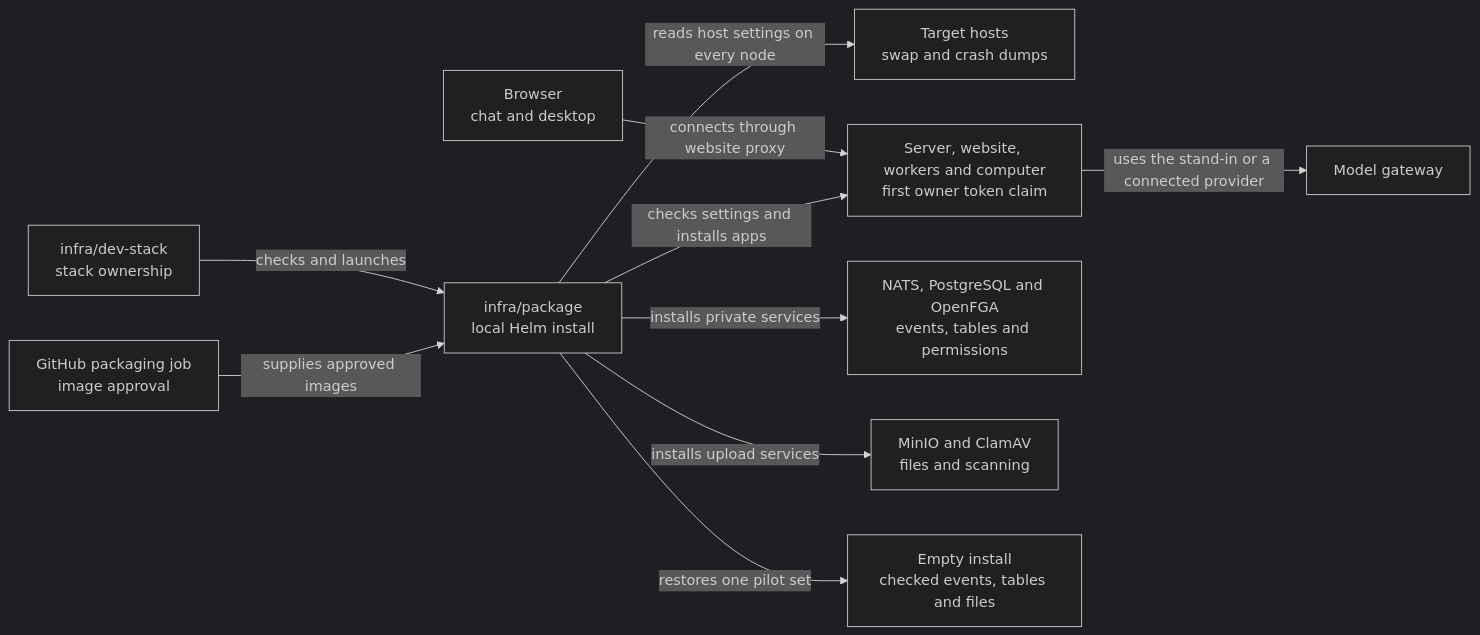
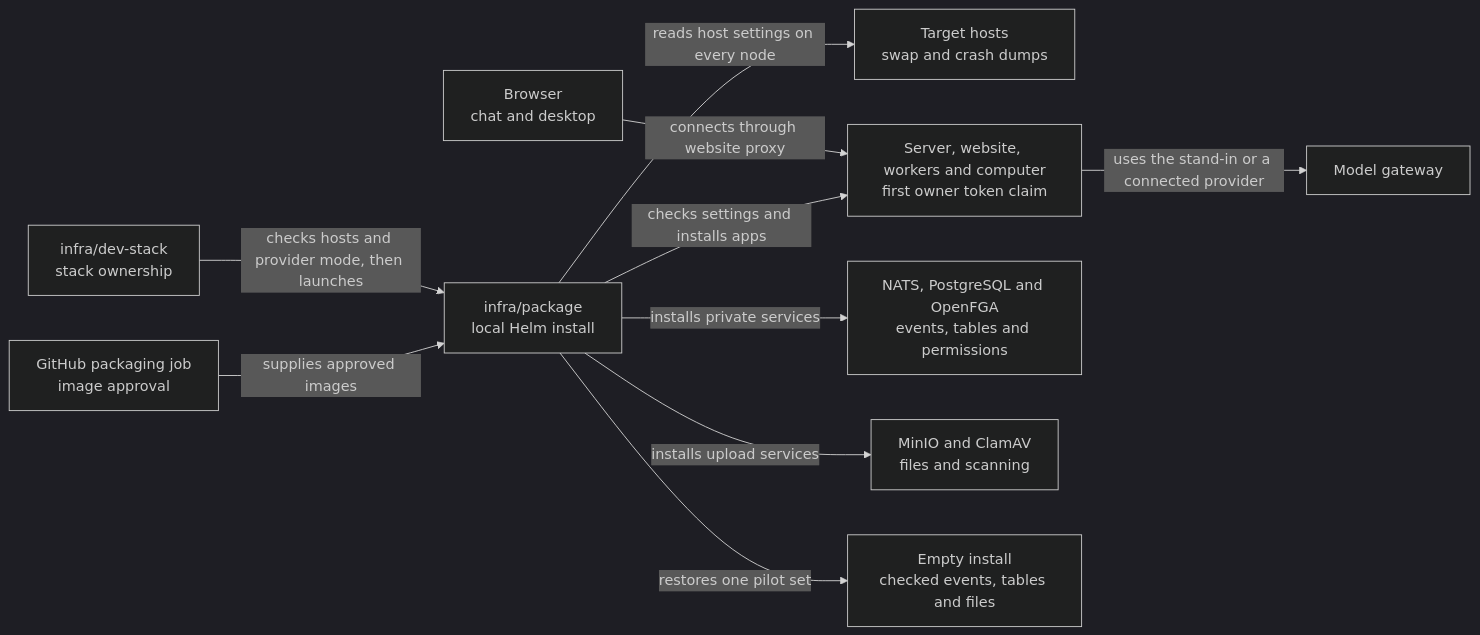
Before and after one commit to elewa-git/opencrane-new: the diagram in infra/package/README.md, drawn with Mermaid (dark theme). The commit also changed other lines of this file and 7 other files, not shown here.

````diff
--- a/infra/package/README.md
+++ b/infra/package/README.md
@@ -18,12 +18,12 @@
 ```mermaid
 flowchart LR
-  stack["infra/dev-stack<br/>stack ownership"] -->|checks and launches| package["infra/package<br/>local Helm install"]
+  stack["infra/dev-stack<br/>stack ownership"] -->|checks hosts and provider mode, then launches| package["infra/package<br/>local Helm install"]
   packaging["GitHub packaging job<br/>image approval"] -->|supplies approved images| package
   package -->|reads host settings on every node| hosts["Target hosts<br/>swap and crash dumps"]
   browser["Browser<br/>chat and desktop"] -->|connects through website proxy| apps
   package -->|checks settings and installs apps| apps["Server, website, workers and computer<br/>first owner token claim"]
   package -->|installs private services| services["NATS, PostgreSQL and OpenFGA<br/>events, tables and permissions"]
   apps -->|uses the stand-in or a connected provider| models["Model gateway"]
   package -->|installs upload services| files["MinIO and ClamAV<br/>files and scanning"]
   package -->|restores one pilot set| restore["Empty install<br/>checked events, tables and files"]
 ```
````
